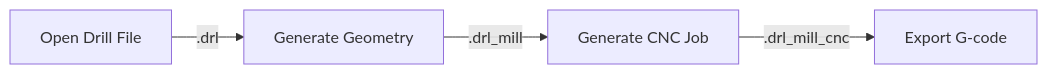
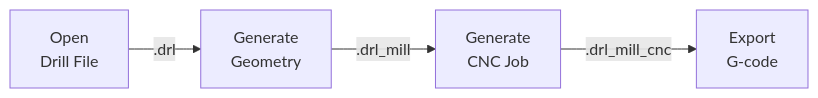
The diagram in content/docs/flatcam/holes/milling.md (rahji/pcbmilling), drawn with Mermaid before and after one commit. The commit also changed other lines of this file and 11 other files, not shown here.

```diff
--- a/content/docs/flatcam/holes/milling.md
+++ b/content/docs/flatcam/holes/milling.md
@@ -14,6 +14,6 @@
 {{< mermaid >}}
 graph LR
-    A[Open Drill File]-->|.drl|B[Generate Geometry]
-    B-->|.drl_mill|C[Generate CNC Job]
-    C-->|.drl_mill_cnc|D[Export G-code]
+    A[Open<br>Drill File]-->|.drl|B[Generate<br>Geometry]
+    B-->|.drl_mill|C[Generate<br>CNC Job]
+    C-->|.drl_mill_cnc|D[Export<br>G-code]
 {{< /mermaid >}}
```
